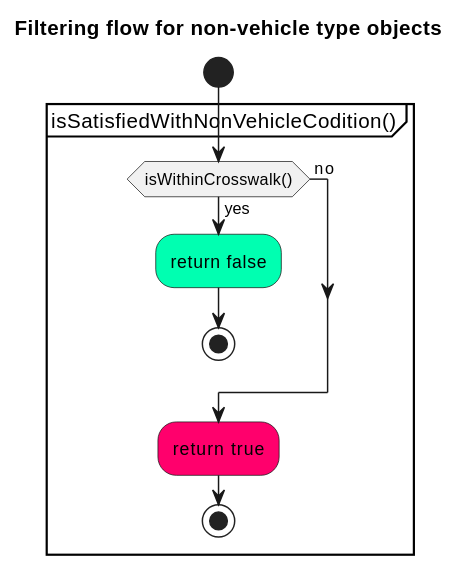
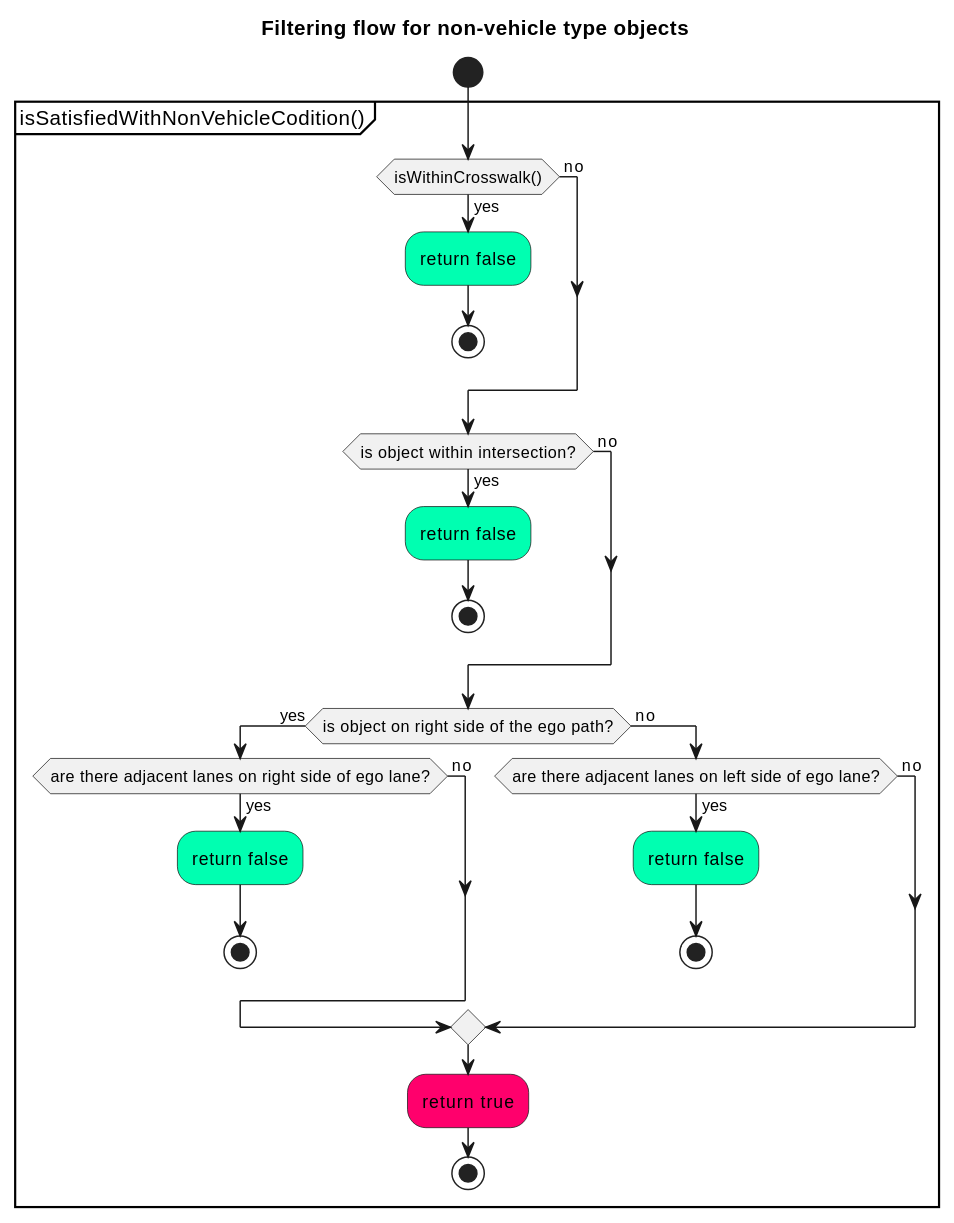
One commit to autowarefoundation/autoware changed the eighth of 9 diagrams in planning/behavior_path_planner/autoware_behavior_path_static_obstacle_avoidance_module/README.md. Above: the diagram before and after it, drawn with PlantUML. The commit also changed 1 other file, not shown here.

Commit message:
fix(static_obstacle_avoidance): ignore pedestrian/cyclist who is not on road edge (#7850)
* fix(static_obstacle_avoidance): ignore pedestrian/cyclist who is not on road edge

* docs(static_obstacle_avoidance): update flowchart

* Update planning/behavior_path_planner/autoware_behavior_path_static_obstacle_avoidance_module/README.md

---------

````diff
--- a/planning/behavior_path_planner/autoware_behavior_path_static_obstacle_avoidance_module/README.md
+++ b/planning/behavior_path_planner/autoware_behavior_path_static_obstacle_avoidance_module/README.md
@@ -648,20 +648,41 @@
 ```plantuml
 @startuml
 skinparam defaultTextAlignment center
 skinparam noteTextAlignment left
 
 title Filtering flow for non-vehicle type objects
 start
 
 partition isSatisfiedWithNonVehicleCodition() {
 if(isWithinCrosswalk()) then (yes)
 #00FFB1 :return false;
 stop
 else (\n no)
 endif
+
+if(is object within intersection?) then (yes)
+#00FFB1 :return false;
+stop
+else (\n no)
+endif
+
+if(is object on right side of the ego path?) then (yes)
+if(are there adjacent lanes on right side of ego lane?) then (yes)
+#00FFB1 :return false;
+stop
+else (\n no)
+endif
+else (\n no)
+if(are there adjacent lanes on left side of ego lane?) then (yes)
+#00FFB1 :return false;
+stop
+else (\n no)
+endif
+endif
+
 #FF006C :return true;
 stop
 }
 
 @enduml
 ```
````
